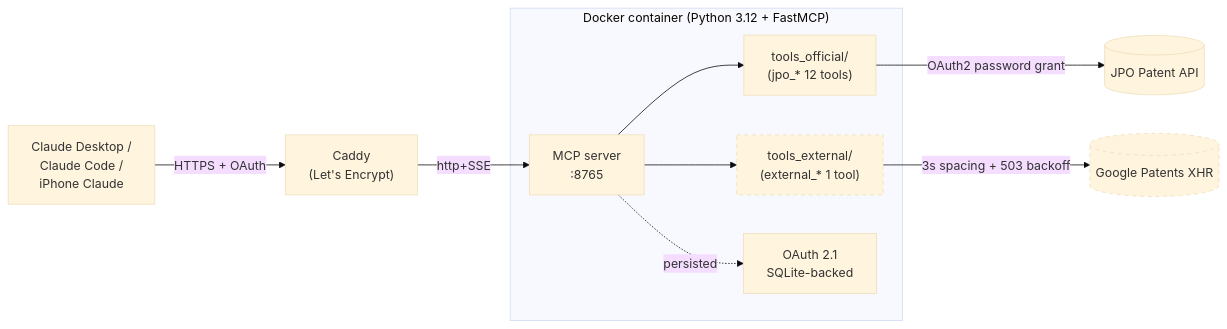
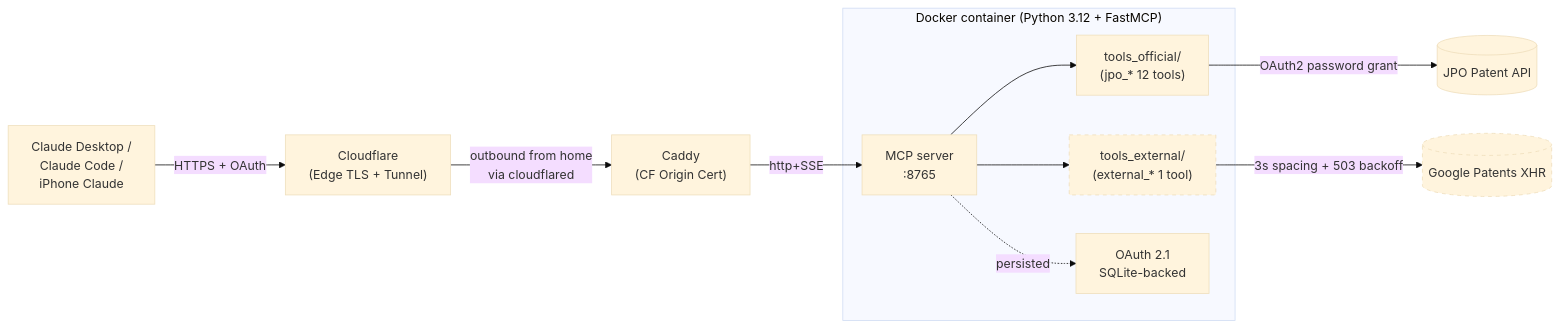
Before and after one commit to kitepon-rgb/IP-MCP: the diagram in README.en.md, drawn with Mermaid (base theme). The commit also changed other lines of this file and 3 other files, not shown here.

First line of the commit message:
docs: reflect kitepon.dev migration + Cloudflare Tunnel architecture

````diff
--- a/README.en.md
+++ b/README.en.md
@@ -46,24 +46,26 @@
 ```mermaid
 flowchart LR
     User["Claude Desktop /<br/>Claude Code /<br/>iPhone Claude"]
-    Caddy["Caddy<br/>(Let's Encrypt)"]
+    CF["Cloudflare<br/>(Edge TLS + Tunnel)"]
+    Caddy["Caddy<br/>(CF Origin Cert)"]
 
-    User -->|"HTTPS + OAuth"| Caddy
+    User -->|"HTTPS + OAuth"| CF
+    CF -->|"outbound from home<br/>via cloudflared"| Caddy
     Caddy -->|"http+SSE"| MCP
 
     subgraph Docker["Docker container (Python 3.12 + FastMCP)"]
       MCP["MCP server<br/>:8765"]
       Official["tools_official/<br/>(jpo_* 12 tools)"]
       External["tools_external/<br/>(external_* 1 tool)"]
       OAuth["OAuth 2.1<br/>SQLite-backed"]
       MCP --> Official
       MCP --> External
       MCP -.->|"persisted"| OAuth
     end
 
     Official -->|"OAuth2 password grant"| JPO[("JPO Patent API")]
     External -->|"3s spacing + 503 backoff"| GP[("Google Patents XHR")]
 
     classDef boundary stroke-dasharray: 5 5
     class External,GP boundary
 ```
````
